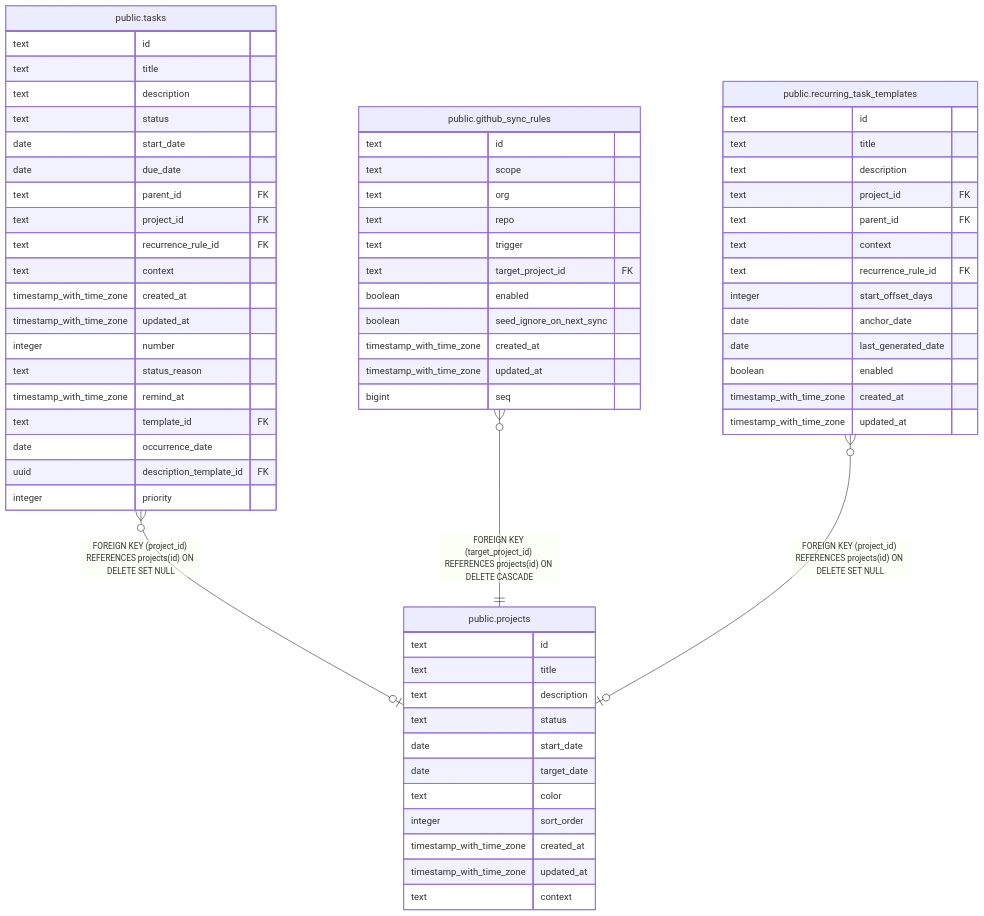
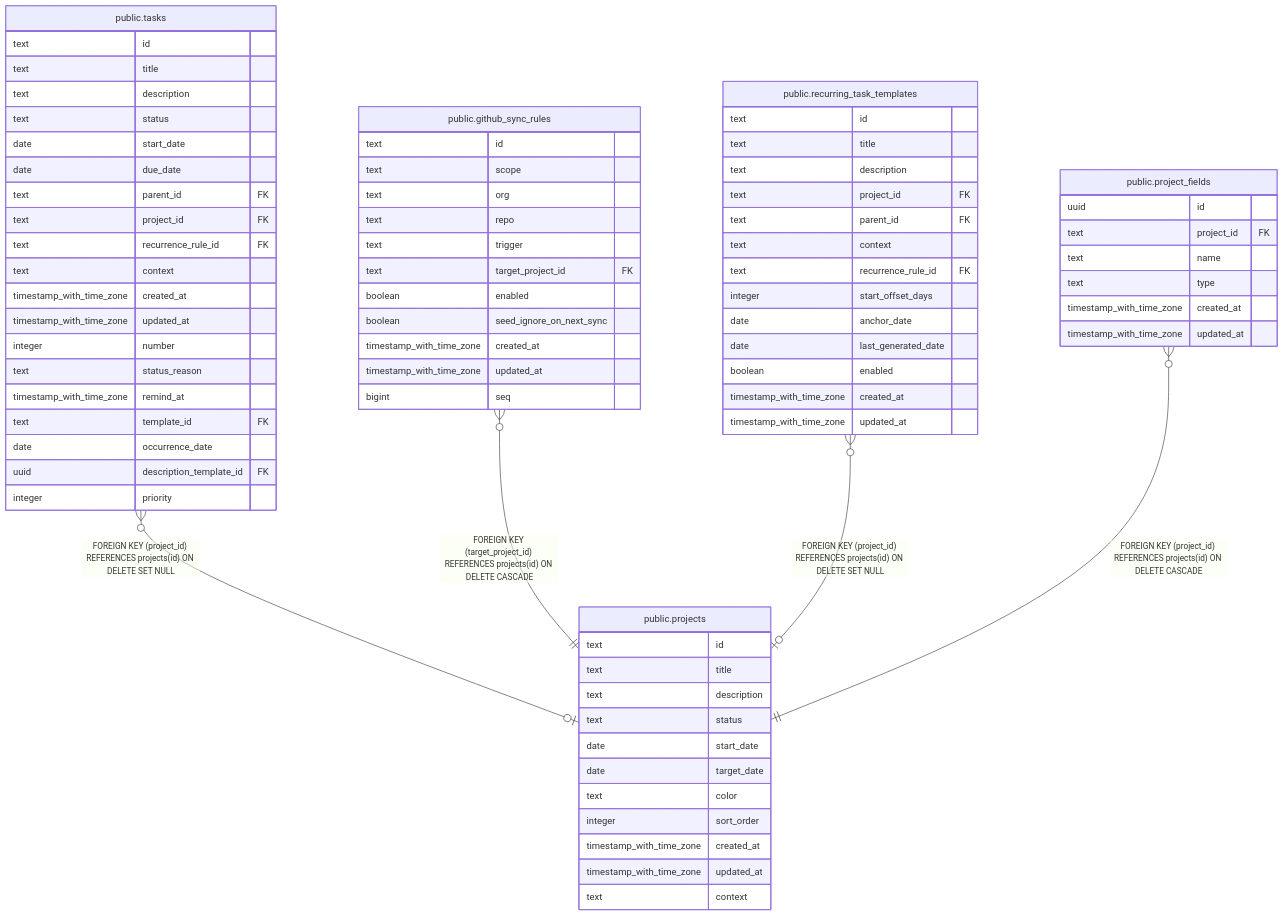
One commit to fohte/tq changed the diagram in api/docs/db/public.projects.md. Above: the diagram before and after it, drawn with Mermaid. The commit also changed other lines of this file and 21 other files, not shown here.

````diff
--- a/api/docs/db/public.projects.md
+++ b/api/docs/db/public.projects.md
@@ -47,70 +47,79 @@
 ```mermaid
 erDiagram
 
 "public.tasks" }o--o| "public.projects" : "FOREIGN KEY (project_id) REFERENCES projects(id) ON DELETE SET NULL"
 "public.github_sync_rules" }o--|| "public.projects" : "FOREIGN KEY (target_project_id) REFERENCES projects(id) ON DELETE CASCADE"
 "public.recurring_task_templates" }o--o| "public.projects" : "FOREIGN KEY (project_id) REFERENCES projects(id) ON DELETE SET NULL"
+"public.project_fields" }o--|| "public.projects" : "FOREIGN KEY (project_id) REFERENCES projects(id) ON DELETE CASCADE"
 
 "public.projects" {
   text id
   text title
   text description
   text status
   date start_date
   date target_date
   text color
   integer sort_order
   timestamp_with_time_zone created_at
   timestamp_with_time_zone updated_at
   text context
 }
 "public.tasks" {
   text id
   text title
   text description
   text status
   date start_date
   date due_date
   text parent_id FK
   text project_id FK
   text recurrence_rule_id FK
   text context
   timestamp_with_time_zone created_at
   timestamp_with_time_zone updated_at
   integer number
   text status_reason
   timestamp_with_time_zone remind_at
   text template_id FK
   date occurrence_date
   uuid description_template_id FK
   integer priority
 }
 "public.github_sync_rules" {
   text id
   text scope
   text org
   text repo
   text trigger
   text target_project_id FK
   boolean enabled
   boolean seed_ignore_on_next_sync
   timestamp_with_time_zone created_at
   timestamp_with_time_zone updated_at
   bigint seq
 }
 "public.recurring_task_templates" {
   text id
   text title
   text description
   text project_id FK
   text parent_id FK
   text context
   text recurrence_rule_id FK
   integer start_offset_days
   date anchor_date
   date last_generated_date
   boolean enabled
   timestamp_with_time_zone created_at
   timestamp_with_time_zone updated_at
 }
+"public.project_fields" {
+  uuid id
+  text project_id FK
+  text name
+  text type
+  timestamp_with_time_zone created_at
+  timestamp_with_time_zone updated_at
+}
 ```
````
